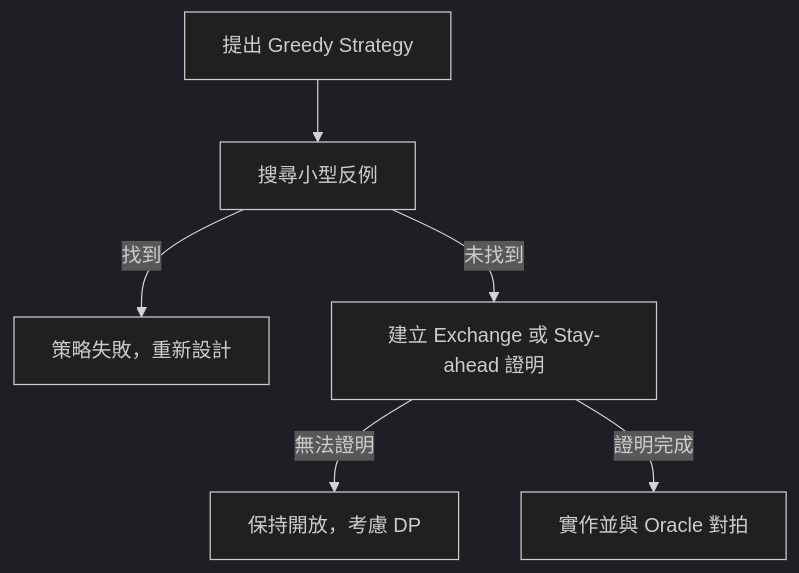
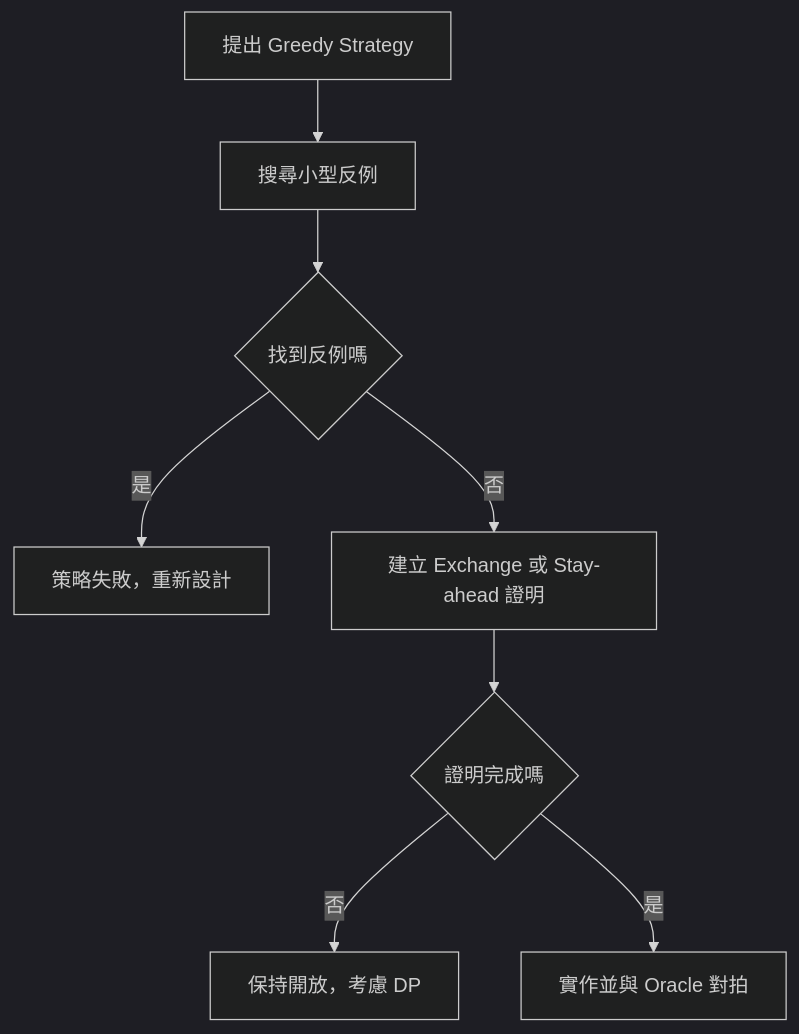
Before and after one commit to davidchen0970/algorithm_note: the tenth of 10 diagrams in 08_greedy/35_greedy_basics.md, drawn with Mermaid (dark theme). The commit also changed other lines of this file, not shown here.

````diff
--- a/08_greedy/35_greedy_basics.md
+++ b/08_greedy/35_greedy_basics.md
@@ -259,8 +560,10 @@
 ```mermaid
 flowchart TD
-    A[提出 Greedy Strategy] --> B[搜尋小型反例]
-    B -->|找到| C[策略失敗，重新設計]
-    B -->|未找到| D[建立 Exchange 或 Stay-ahead 證明]
-    D -->|無法證明| E[保持開放，考慮 DP]
-    D -->|證明完成| F[實作並與 Oracle 對拍]
+    A["提出 Greedy Strategy"] --> B["搜尋小型反例"]
+    B --> C{"找到反例嗎"}
+    C -->|是| D["策略失敗，重新設計"]
+    C -->|否| E["建立 Exchange 或 Stay-ahead 證明"]
+    E --> F{"證明完成嗎"}
+    F -->|否| G["保持開放，考慮 DP"]
+    F -->|是| H["實作並與 Oracle 對拍"]
 ```
````
